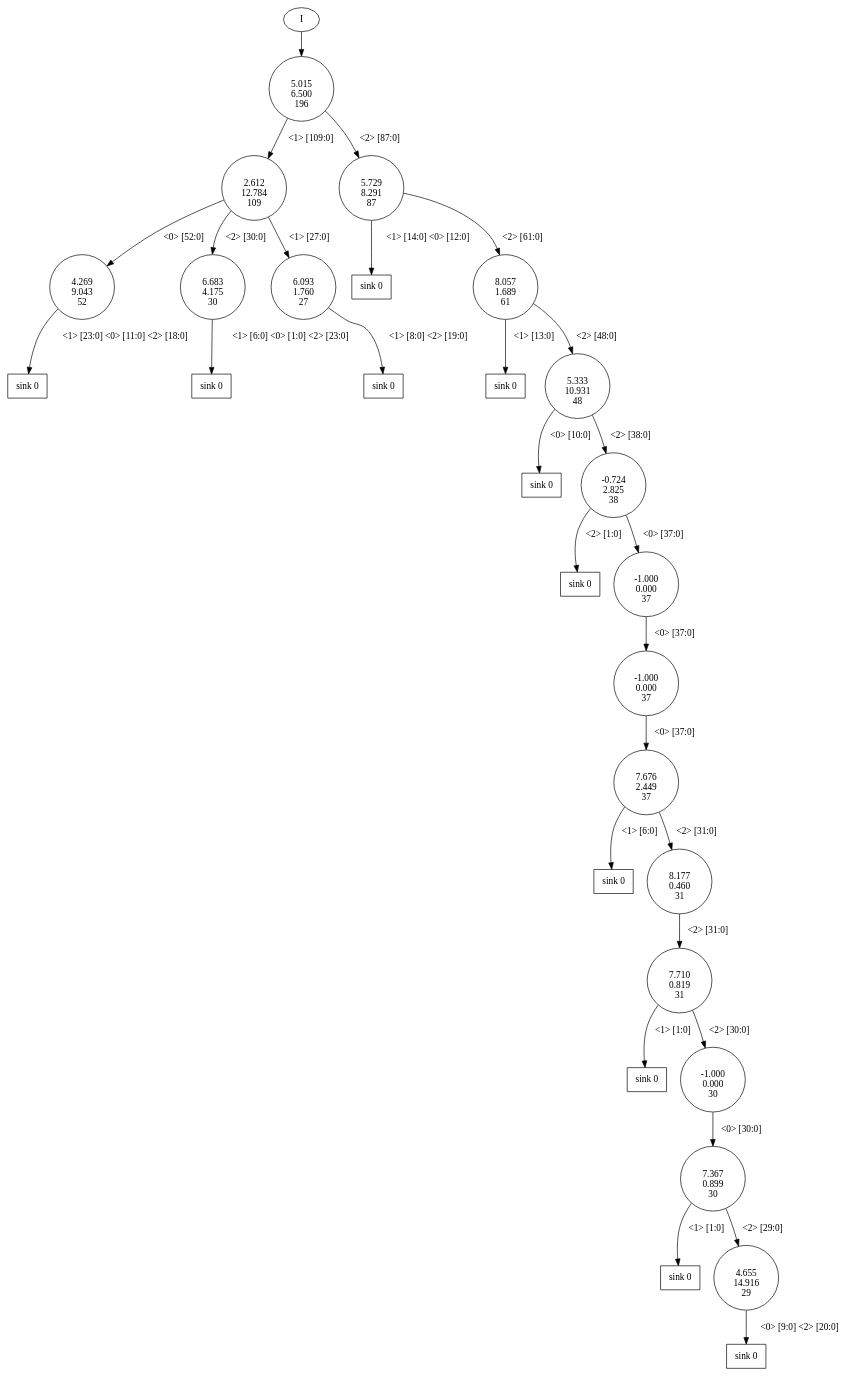
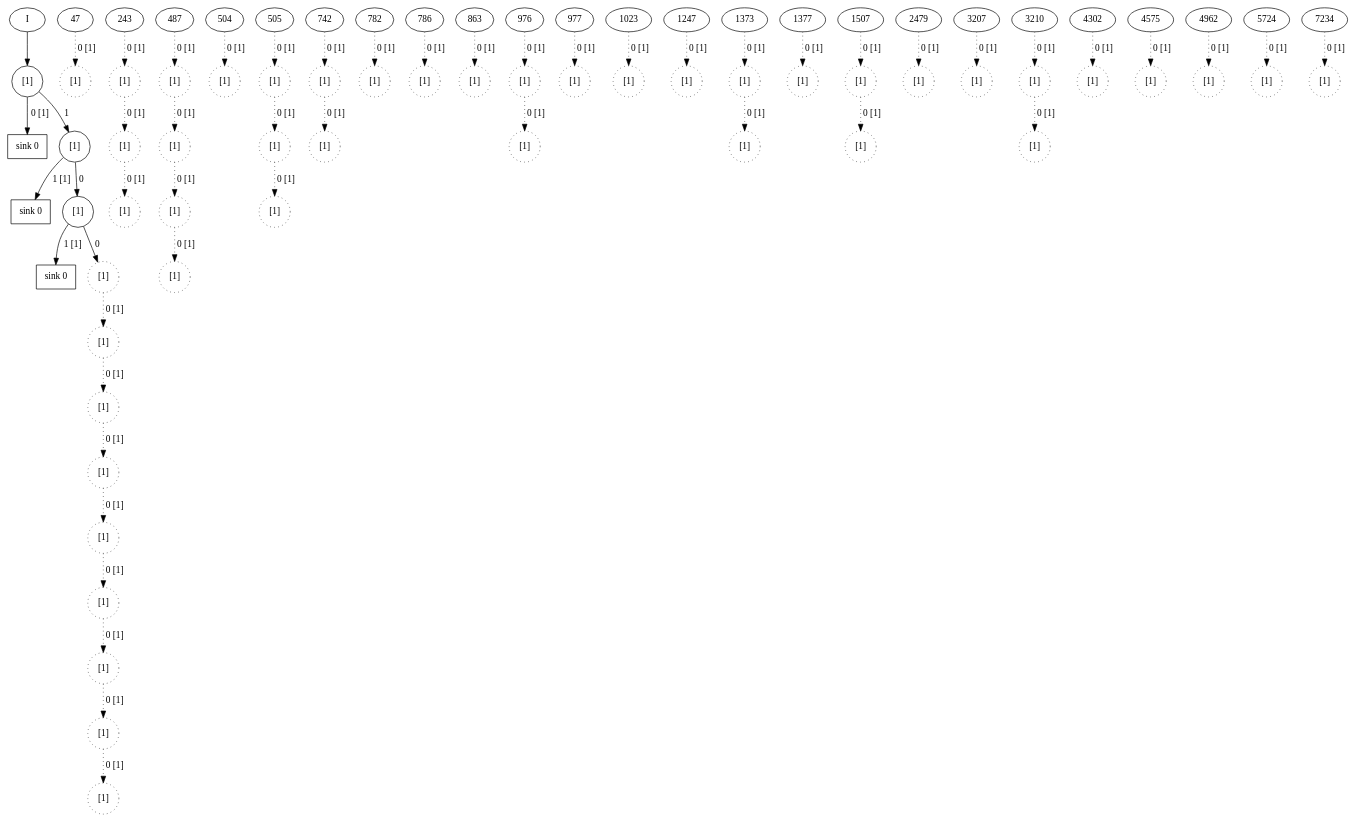
The diagram in pre_dfa14.dot (nicholasRenninger/dfasat), drawn with Graphviz before and after one commit. The commit also changed 212 other files, not shown here.

```diff
--- a/pre_dfa14.dot
+++ b/pre_dfa14.dot
@@ -1,110 +1,105 @@
 digraph DFA {
 	0 [label="root" shape=box];
 		I -> 0;
-	0 [shape=circle label="
-5.015
-6.500
-196"];
-		0 -> 1 [label=" <1> [109:0]"];
-		0 -> 26 [label=" <2> [87:0]"];
-	1 [shape=circle label="
-2.612
-12.784
-109"];
-		1 -> 2 [label=" <0> [52:0]"];
-		1 -> 149 [label=" <2> [30:0]"];
-		1 -> 362 [label=" <1> [27:0]"];
-	26 [shape=circle label="
-5.729
-8.291
-87"];
-	S26t0 [label="sink 0" shape=box];
-		26 -> S26t0 [label=" <1> [14:0] <0> [12:0]"];
-		26 -> 69 [label=" <2> [61:0]"];
-	69 [shape=circle label="
-8.057
-1.689
-61"];
-	S69t0 [label="sink 0" shape=box];
-		69 -> S69t0 [label=" <1> [13:0]"];
-		69 -> 70 [label=" <2> [48:0]"];
-	2 [shape=circle label="
-4.269
-9.043
-52"];
+	0 [shape=circle label="[1]"];
+	S0t0 [label="sink 0" shape=box];
+		0 -> S0t0 [label=" 0 [1]"];
+		0 -> 1 [label=" 1"];
+	1 [shape=circle label="[1]"];
+	S1t0 [label="sink 0" shape=box];
+		1 -> S1t0 [label=" 1 [1]"];
+		1 -> 2 [label=" 0"];
+	2 [shape=circle label="[1]"];
 	S2t0 [label="sink 0" shape=box];
-		2 -> S2t0 [label=" <1> [23:0] <0> [11:0] <2> [18:0]"];
-	70 [shape=circle label="
-5.333
-10.931
-48"];
-	S70t0 [label="sink 0" shape=box];
-		70 -> S70t0 [label=" <0> [10:0]"];
-		70 -> 71 [label=" <2> [38:0]"];
-	71 [shape=circle label="
--0.724
-2.825
-38"];
-	S71t0 [label="sink 0" shape=box];
-		71 -> S71t0 [label=" <2> [1:0]"];
-		71 -> 72 [label=" <0> [37:0]"];
-	72 [shape=circle label="
--1.000
-0.000
-37"];
-		72 -> 73 [label=" <0> [37:0]"];
-	73 [shape=circle label="
--1.000
-0.000
-37"];
-		73 -> 74 [label=" <0> [37:0]"];
-	74 [shape=circle label="
-7.676
-2.449
-37"];
-	S74t0 [label="sink 0" shape=box];
-		74 -> S74t0 [label=" <1> [6:0]"];
-		74 -> 75 [label=" <2> [31:0]"];
-	75 [shape=circle label="
-8.177
-0.460
-31"];
-		75 -> 76 [label=" <2> [31:0]"];
-	76 [shape=circle label="
-7.710
-0.819
-31"];
-	S76t0 [label="sink 0" shape=box];
-		76 -> S76t0 [label=" <1> [1:0]"];
-		76 -> 77 [label=" <2> [30:0]"];
-	77 [shape=circle label="
--1.000
-0.000
-30"];
-		77 -> 78 [label=" <0> [30:0]"];
-	78 [shape=circle label="
-7.367
-0.899
-30"];
-	S78t0 [label="sink 0" shape=box];
-		78 -> S78t0 [label=" <1> [1:0]"];
-		78 -> 79 [label=" <2> [29:0]"];
-	149 [shape=circle label="
-6.683
-4.175
-30"];
-	S149t0 [label="sink 0" shape=box];
-		149 -> S149t0 [label=" <1> [6:0] <0> [1:0] <2> [23:0]"];
-	79 [shape=circle label="
-4.655
-14.916
-29"];
-	S79t0 [label="sink 0" shape=box];
-		79 -> S79t0 [label=" <0> [9:0] <2> [20:0]"];
-	362 [shape=circle label="
-6.093
-1.760
-27"];
-	S362t0 [label="sink 0" shape=box];
-		362 -> S362t0 [label=" <1> [8:0] <2> [19:0]"];
+		2 -> S2t0 [label=" 1 [1]"];
+		2 -> 3 [label=" 0"];
+	3 [shape=circle style=dotted label="[1]"];
+		3 -> 4 [label="0 [1]" style=dotted];
+	4 [shape=circle style=dotted label="[1]"];
+		4 -> 5 [label="0 [1]" style=dotted];
+	5 [shape=circle style=dotted label="[1]"];
+		5 -> 6 [label="0 [1]" style=dotted];
+	6 [shape=circle style=dotted label="[1]"];
+		6 -> 7 [label="0 [1]" style=dotted];
+	7 [shape=circle style=dotted label="[1]"];
+		7 -> 8 [label="0 [1]" style=dotted];
+	8 [shape=circle style=dotted label="[1]"];
+		8 -> 9 [label="0 [1]" style=dotted];
+	9 [shape=circle style=dotted label="[1]"];
+		9 -> 501 [label="0 [1]" style=dotted];
+		47 -> 48 [label="0 [1]" style=dotted];
+	48 [shape=circle style=dotted label="[1]"];
+		243 -> 244 [label="0 [1]" style=dotted];
+	244 [shape=circle style=dotted label="[1]"];
+		244 -> 511 [label="0 [1]" style=dotted];
+		487 -> 488 [label="0 [1]" style=dotted];
+	488 [shape=circle style=dotted label="[1]"];
+		488 -> 489 [label="0 [1]" style=dotted];
+	489 [shape=circle style=dotted label="[1]"];
+		489 -> 490 [label="0 [1]" style=dotted];
+	490 [shape=circle style=dotted label="[1]"];
+		490 -> 491 [label="0 [1]" style=dotted];
+	491 [shape=circle style=dotted label="[1]"];
+	501 [shape=circle style=dotted label="[1]"];
+		501 -> 502 [label="0 [1]" style=dotted];
+	502 [shape=circle style=dotted label="[1]"];
+		504 -> 3711 [label="0 [1]" style=dotted];
+		505 -> 506 [label="0 [1]" style=dotted];
+	506 [shape=circle style=dotted label="[1]"];
+		506 -> 507 [label="0 [1]" style=dotted];
+	507 [shape=circle style=dotted label="[1]"];
+		507 -> 508 [label="0 [1]" style=dotted];
+	508 [shape=circle style=dotted label="[1]"];
+	511 [shape=circle style=dotted label="[1]"];
+		511 -> 1738 [label="0 [1]" style=dotted];
+		742 -> 743 [label="0 [1]" style=dotted];
+	743 [shape=circle style=dotted label="[1]"];
+		743 -> 744 [label="0 [1]" style=dotted];
+	744 [shape=circle style=dotted label="[1]"];
+		782 -> 783 [label="0 [1]" style=dotted];
+	783 [shape=circle style=dotted label="[1]"];
+		786 -> 787 [label="0 [1]" style=dotted];
+	787 [shape=circle style=dotted label="[1]"];
+		863 -> 864 [label="0 [1]" style=dotted];
+	864 [shape=circle style=dotted label="[1]"];
+		976 -> 1202 [label="0 [1]" style=dotted];
+		977 -> 978 [label="0 [1]" style=dotted];
+	978 [shape=circle style=dotted label="[1]"];
+		1023 -> 5132 [label="0 [1]" style=dotted];
+	1202 [shape=circle style=dotted label="[1]"];
+		1202 -> 1203 [label="0 [1]" style=dotted];
+	1203 [shape=circle style=dotted label="[1]"];
+		1247 -> 1248 [label="0 [1]" style=dotted];
+	1248 [shape=circle style=dotted label="[1]"];
+		1373 -> 1374 [label="0 [1]" style=dotted];
+	1374 [shape=circle style=dotted label="[1]"];
+		1374 -> 1375 [label="0 [1]" style=dotted];
+	1375 [shape=circle style=dotted label="[1]"];
+		1377 -> 1378 [label="0 [1]" style=dotted];
+	1378 [shape=circle style=dotted label="[1]"];
+		1507 -> 1508 [label="0 [1]" style=dotted];
+	1508 [shape=circle style=dotted label="[1]"];
+		1508 -> 1509 [label="0 [1]" style=dotted];
+	1509 [shape=circle style=dotted label="[1]"];
+	1738 [shape=circle style=dotted label="[1]"];
+		2479 -> 2480 [label="0 [1]" style=dotted];
+	2480 [shape=circle style=dotted label="[1]"];
+		3207 -> 3208 [label="0 [1]" style=dotted];
+	3208 [shape=circle style=dotted label="[1]"];
+		3210 -> 3211 [label="0 [1]" style=dotted];
+	3211 [shape=circle style=dotted label="[1]"];
+		3211 -> 3212 [label="0 [1]" style=dotted];
+	3212 [shape=circle style=dotted label="[1]"];
+	3711 [shape=circle style=dotted label="[1]"];
+		4302 -> 4303 [label="0 [1]" style=dotted];
+	4303 [shape=circle style=dotted label="[1]"];
+		4575 -> 4576 [label="0 [1]" style=dotted];
+	4576 [shape=circle style=dotted label="[1]"];
+		4962 -> 4963 [label="0 [1]" style=dotted];
+	4963 [shape=circle style=dotted label="[1]"];
+	5132 [shape=circle style=dotted label="[1]"];
+		5724 -> 5725 [label="0 [1]" style=dotted];
+	5725 [shape=circle style=dotted label="[1]"];
+		7234 -> 7235 [label="0 [1]" style=dotted];
+	7235 [shape=circle style=dotted label="[1]"];
 }
```
